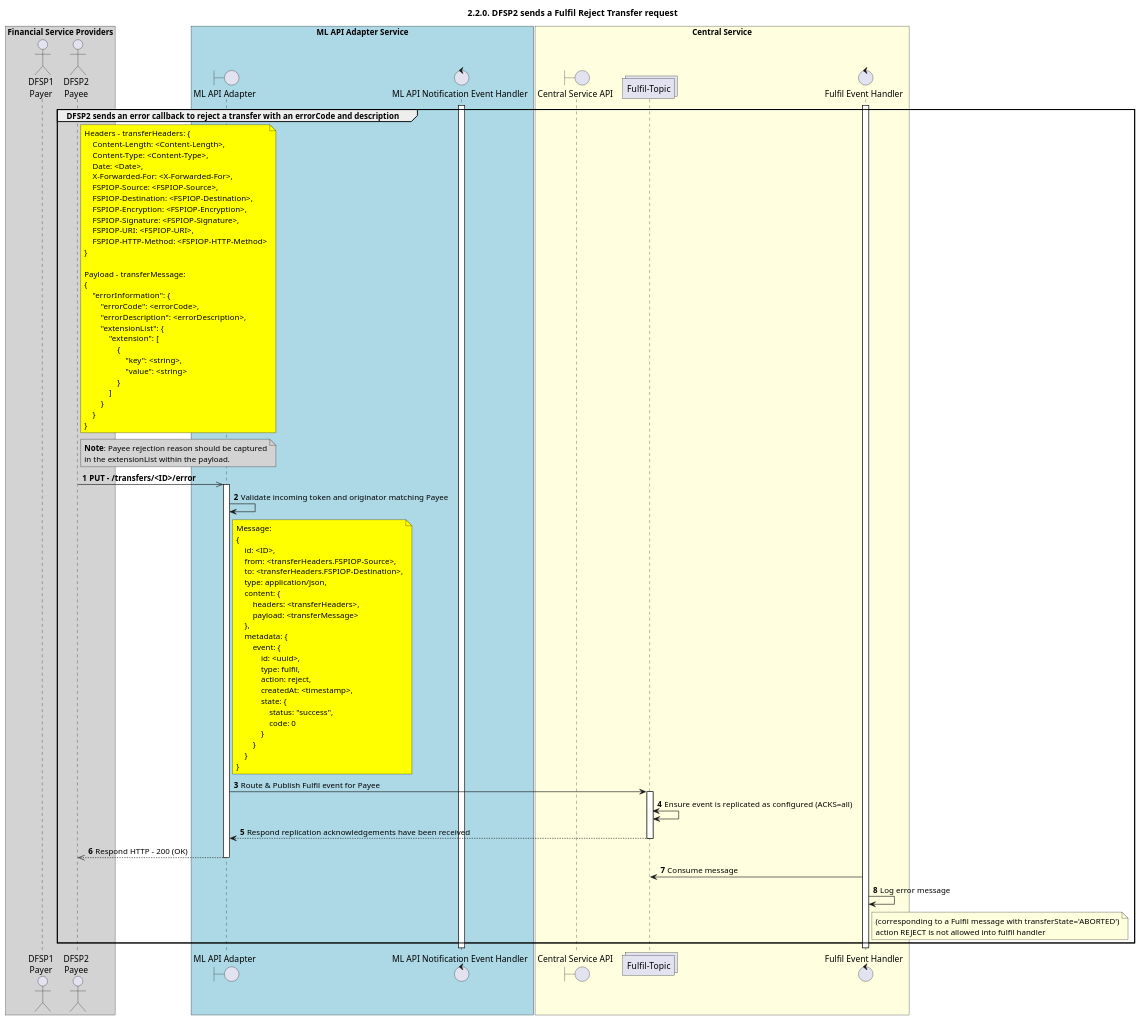
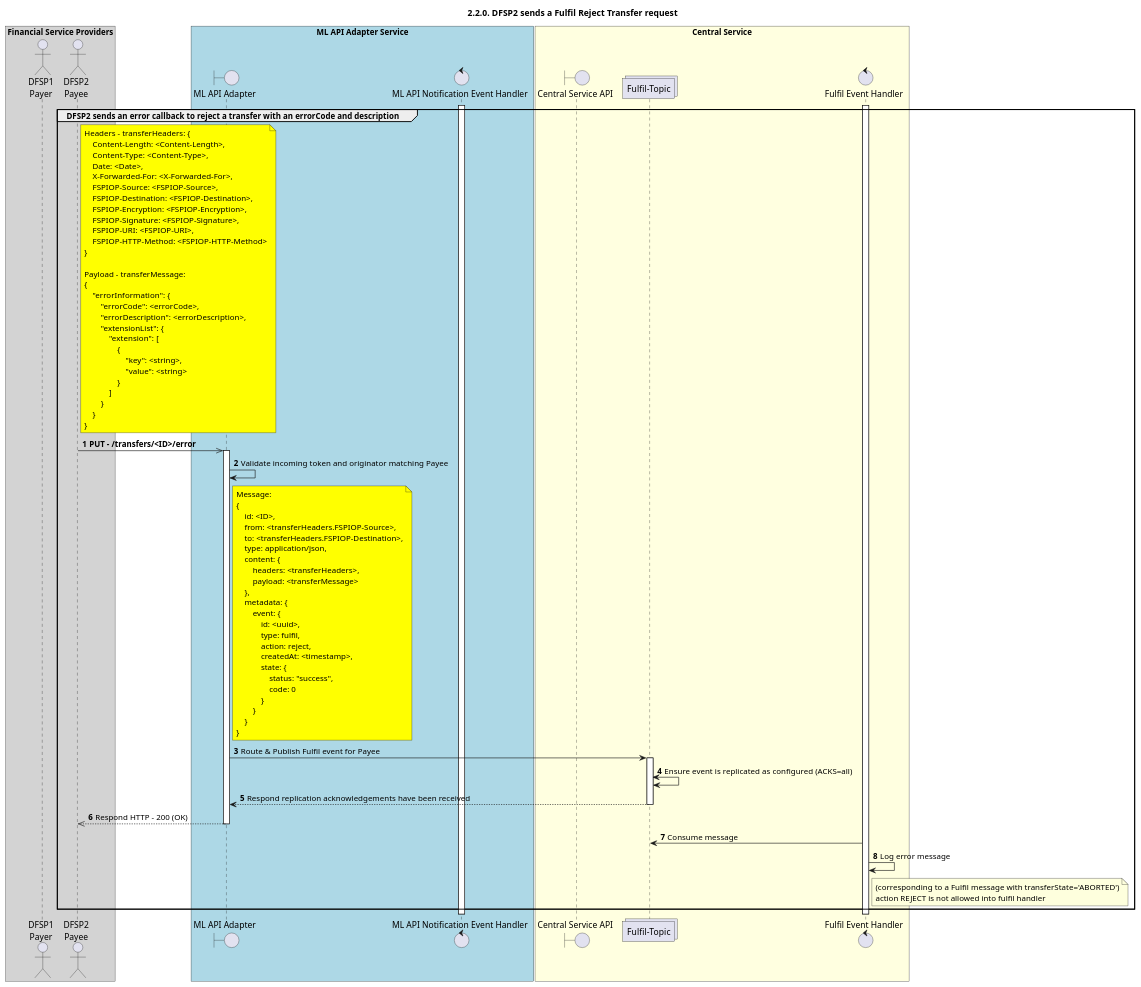
Before and after one commit to mojaloop/documentation: the diagram in mojaloop-technical-overview/central-ledger/assets/diagrams/sequence/seq-reject-2.2.0-v1.1.plantuml, drawn with PlantUML.

Commit message:
PR review update

```diff
--- a/mojaloop-technical-overview/central-ledger/assets/diagrams/sequence/seq-reject-2.2.0-v1.1.plantuml
+++ b/mojaloop-technical-overview/central-ledger/assets/diagrams/sequence/seq-reject-2.2.0-v1.1.plantuml
@@ -26,122 +26,118 @@
 @startuml
 ' declate title
 title 2.2.0. DFSP2 sends a Fulfil Reject Transfer request
 
 autonumber
 
 ' Actor Keys:
 '   boundary - APIs/Interfaces, etc
 '   collections - Kafka Topics
 '   control - Kafka Consumers
 '   entity - Database Access Objects
 '   database - Database Persistance Store
 
 ' declare actors
 actor "DFSP1\nPayer" as DFSP1
 actor "DFSP2\nPayee" as DFSP2
 boundary "ML API Adapter" as MLAPI
 control "ML API Notification Event Handler" as NOTIFY_HANDLER
 boundary "Central Service API" as CSAPI
 collections "Fulfil-Topic" as TOPIC_FULFIL
 control "Fulfil Event Handler" as FULF_HANDLER
 
 ' collections "topic-transfer-position" as TOPIC_TRANSFER_POSITION
 ' control "Position Event Handler" as POS_HANDLER
 ' collections "Event-Topic" as TOPIC_EVENTS
 ' collections "Notification-Topic" as TOPIC_NOTIFICATIONS
 
 box "Financial Service Providers" #lightGray
 	participant DFSP1
 	participant DFSP2
 end box
 
 box "ML API Adapter Service" #LightBlue
 	participant MLAPI
 	participant NOTIFY_HANDLER
 end box
 
 box "Central Service" #LightYellow
     participant CSAPI
 	participant TOPIC_FULFIL
     participant FULF_HANDLER
 end box
 
 ' start flow
 activate NOTIFY_HANDLER
 activate FULF_HANDLER
 group DFSP2 sends an error callback to reject a transfer with an errorCode and description
     note right of DFSP2 #yellow
         Headers - transferHeaders: {
             Content-Length: <Content-Length>,
             Content-Type: <Content-Type>,
             Date: <Date>,
             X-Forwarded-For: <X-Forwarded-For>,
             FSPIOP-Source: <FSPIOP-Source>,
             FSPIOP-Destination: <FSPIOP-Destination>,
             FSPIOP-Encryption: <FSPIOP-Encryption>,
             FSPIOP-Signature: <FSPIOP-Signature>,
             FSPIOP-URI: <FSPIOP-URI>,
             FSPIOP-HTTP-Method: <FSPIOP-HTTP-Method>
         }
 
         Payload - transferMessage:
         {
             "errorInformation": {
                 "errorCode": <errorCode>,
                 "errorDescription": <errorDescription>,
                 "extensionList": {
                     "extension": [
                         {
                             "key": <string>,
                             "value": <string>
                         }
                     ]
                 }
             }
         }
     end note
-    note right of DFSP2 #lightgray
-        **Note**: Payee rejection reason should be captured
-        in the extensionList within the payload.
-    end note
     DFSP2 ->> MLAPI: **PUT - /transfers/<ID>/error**
     
     activate MLAPI
     MLAPI -> MLAPI: Validate incoming token and originator matching Payee
     note right of MLAPI #yellow
         Message:
         {
             id: <ID>,
             from: <transferHeaders.FSPIOP-Source>,
             to: <transferHeaders.FSPIOP-Destination>,
             type: application/json,
             content: {
                 headers: <transferHeaders>,
                 payload: <transferMessage>
             },
             metadata: {
                 event: {
                     id: <uuid>,
                     type: fulfil,
                     action: reject,
                     createdAt: <timestamp>,
                     state: {
                         status: "success",
                         code: 0
                     }
                 }
             }
         }
     end note
     MLAPI -> TOPIC_FULFIL: Route & Publish Fulfil event for Payee
     activate TOPIC_FULFIL
     TOPIC_FULFIL <-> TOPIC_FULFIL: Ensure event is replicated as configured (ACKS=all)
     TOPIC_FULFIL --> MLAPI: Respond replication acknowledgements have been received
     deactivate TOPIC_FULFIL
     MLAPI -->> DFSP2: Respond HTTP - 200 (OK)
     deactivate MLAPI
     TOPIC_FULFIL <- FULF_HANDLER: Consume message
     FULF_HANDLER -> FULF_HANDLER: Log error message
     note right of FULF_HANDLER: (corresponding to a Fulfil message with transferState='ABORTED')\naction REJECT is not allowed into fulfil handler
 end
 @enduml
```
